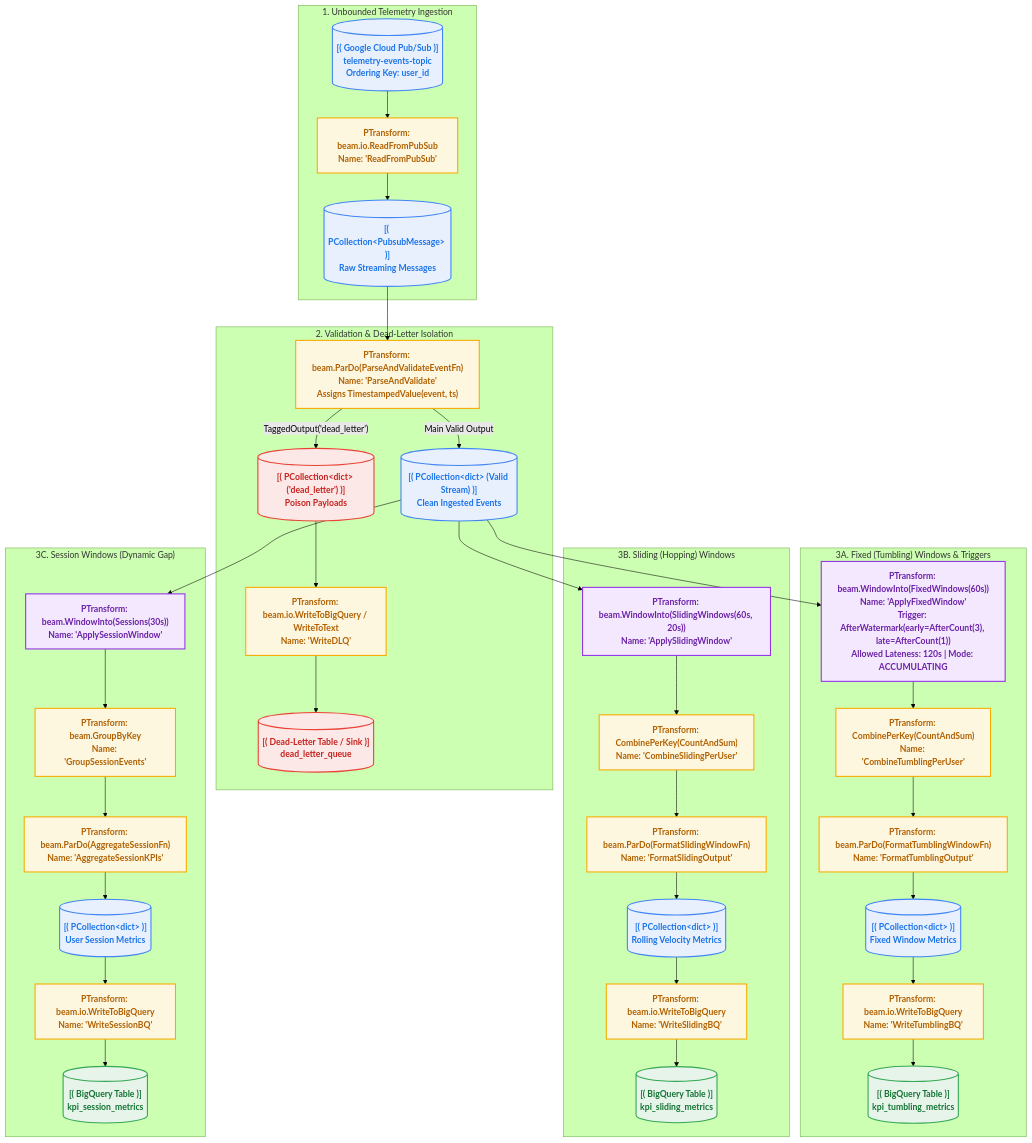
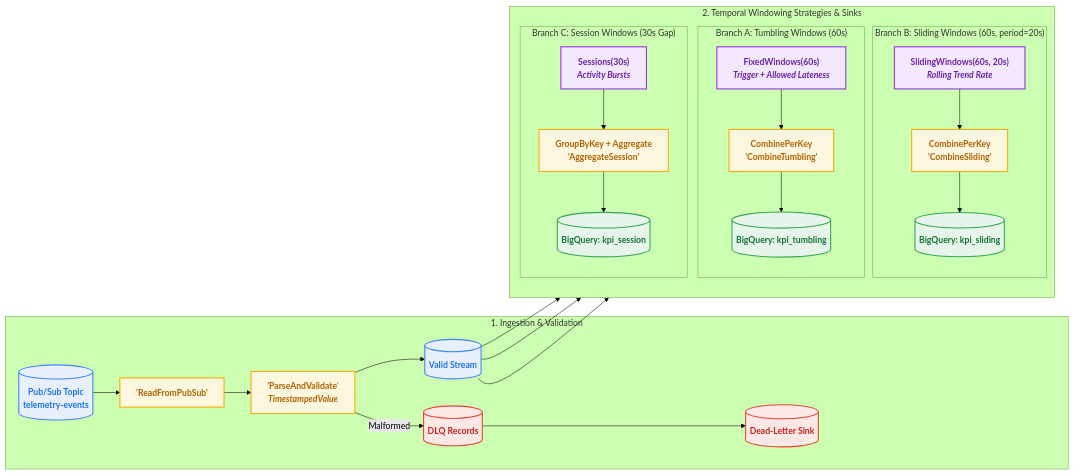
Before and after one commit to EilinLux/dataflow-workshops: the diagram in 03_realtime_streaming/README.md, drawn with Mermaid (forest theme). The commit also changed 30 other files, not shown here.

Commit message:
docs: redraw and pack all mermaid diagrams into compact horizontal layouts

````diff
--- a/03_realtime_streaming/README.md
+++ b/03_realtime_streaming/README.md
@@ -24,80 +24,48 @@
 ```mermaid
-flowchart TD
+flowchart LR
     classDef pcoll fill:#e8f0fe,stroke:#4285f4,stroke-width:2px,color:#1a73e8,font-weight:bold;
     classDef ptrans fill:#fef7e0,stroke:#f9ab00,stroke-width:2px,color:#b06000,font-weight:bold;
     classDef sink fill:#e6f4ea,stroke:#34a853,stroke-width:2px,color:#137333,font-weight:bold;
     classDef dlq fill:#fce8e6,stroke:#ea4335,stroke-width:2px,color:#c5221f,font-weight:bold;
-    classDef window fill:#f3e8fd,stroke:#9334e6,stroke-width:2px,color:#6b21a8,font-weight:bold;
+    classDef win fill:#f3e8fd,stroke:#9334e6,stroke-width:2px,color:#6b21a8,font-weight:bold;
 
-    subgraph Ingestion["1. Unbounded Telemetry Ingestion"]
-        PUBSUB_TOPIC[("[( Google Cloud Pub/Sub )]<br/>telemetry-events-topic<br/>Ordering Key: user_id")]:::pcoll
-        T_READ["PTransform: beam.io.ReadFromPubSub<br/>Name: 'ReadFromPubSub'"]:::ptrans
-        PC_RAW[("[( PCollection&lt;PubsubMessage&gt; )]<br/>Raw Streaming Messages")]:::pcoll
+    subgraph StreamIngest["1. Ingestion & Validation"]
+        PUBSUB[("Pub/Sub Topic<br/>telemetry-events")]:::pcoll
+        READ["'ReadFromPubSub'"]:::ptrans
+        PARSE["'ParseAndValidate'<br/><i>TimestampedValue</i>"]:::ptrans
+        VALID[("Valid Stream")]:::pcoll
+        DLQ_RECS[("DLQ Records")]:::dlq
+        DLQ_SINK[("Dead-Letter Sink")]:::dlq
+        PUBSUB --> READ --> PARSE
+        PARSE --> VALID
+        PARSE -- "Malformed" --> DLQ_RECS --> DLQ_SINK
     end
 
-    subgraph Validation["2. Validation & Dead-Letter Isolation"]
-        T_PARSE["PTransform: beam.ParDo(ParseAndValidateEventFn)<br/>Name: 'ParseAndValidate'<br/>Assigns TimestampedValue(event, ts)"]:::ptrans
-        PC_VALID[("[( PCollection&lt;dict&gt; (Valid Stream) )]<br/>Clean Ingested Events")]:::pcoll
-        PC_DLQ[("[( PCollection&lt;dict&gt; ('dead_letter') )]<br/>Poison Payloads")]:::dlq
-        T_WRITE_DLQ["PTransform: beam.io.WriteToBigQuery / WriteToText<br/>Name: 'WriteDLQ'"]:::ptrans
-        DLQ_SINK[("[( Dead-Letter Table / Sink )]<br/>dead_letter_queue")]:::dlq
+    subgraph WindowingBranches["2. Temporal Windowing Strategies & Sinks"]
+        direction TB
+        subgraph BranchA["Branch A: Tumbling Windows (60s)"]
+            WIN_TUMB["FixedWindows(60s)<br/><i>Trigger + Allowed Lateness</i>"]:::win
+            COMB_TUMB["CombinePerKey<br/>'CombineTumbling'"]:::ptrans
+            BQ_TUMB[("BigQuery: kpi_tumbling")]:::sink
+            WIN_TUMB --> COMB_TUMB --> BQ_TUMB
+        end
+
+        subgraph BranchB["Branch B: Sliding Windows (60s, period=20s)"]
+            WIN_SLIDE["SlidingWindows(60s, 20s)<br/><i>Rolling Trend Rate</i>"]:::win
+            COMB_SLIDE["CombinePerKey<br/>'CombineSliding'"]:::ptrans
+            BQ_SLIDE[("BigQuery: kpi_sliding")]:::sink
+            WIN_SLIDE --> COMB_SLIDE --> BQ_SLIDE
+        end
+
+        subgraph BranchC["Branch C: Session Windows (30s Gap)"]
+            WIN_SESS["Sessions(30s)<br/><i>Activity Bursts</i>"]:::win
+            COMB_SESS["GroupByKey + Aggregate<br/>'AggregateSession'"]:::ptrans
+            BQ_SESS[("BigQuery: kpi_session")]:::sink
+            WIN_SESS --> COMB_SESS --> BQ_SESS
+        end
     end
 
-    subgraph BranchA["3A. Fixed (Tumbling) Windows & Triggers"]
-        T_FIXED_WIN["PTransform: beam.WindowInto(FixedWindows(60s))<br/>Name: 'ApplyFixedWindow'<br/>Trigger: AfterWatermark(early=AfterCount(3), late=AfterCount(1))<br/>Allowed Lateness: 120s | Mode: ACCUMULATING"]:::window
-        T_COMBINE_TUMB["PTransform: CombinePerKey(CountAndSum)<br/>Name: 'CombineTumblingPerUser'"]:::ptrans
-        T_FMT_TUMB["PTransform: beam.ParDo(FormatTumblingWindowFn)<br/>Name: 'FormatTumblingOutput'"]:::ptrans
-        PC_TUMB_RES[("[( PCollection&lt;dict&gt; )]<br/>Fixed Window Metrics")]:::pcoll
-        T_WRITE_TUMB["PTransform: beam.io.WriteToBigQuery<br/>Name: 'WriteTumblingBQ'"]:::ptrans
-        BQ_TUMB[("[( BigQuery Table )]<br/>kpi_tumbling_metrics")]:::sink
-    end
-
-    subgraph BranchB["3B. Sliding (Hopping) Windows"]
-        T_SLIDE_WIN["PTransform: beam.WindowInto(SlidingWindows(60s, 20s))<br/>Name: 'ApplySlidingWindow'"]:::window
-        T_COMBINE_SLIDE["PTransform: CombinePerKey(CountAndSum)<br/>Name: 'CombineSlidingPerUser'"]:::ptrans
-        T_FMT_SLIDE["PTransform: beam.ParDo(FormatSlidingWindowFn)<br/>Name: 'FormatSlidingOutput'"]:::ptrans
-        PC_SLIDE_RES[("[( PCollection&lt;dict&gt; )]<br/>Rolling Velocity Metrics")]:::pcoll
-        T_WRITE_SLIDE["PTransform: beam.io.WriteToBigQuery<br/>Name: 'WriteSlidingBQ'"]:::ptrans
-        BQ_SLIDE[("[( BigQuery Table )]<br/>kpi_sliding_metrics")]:::sink
-    end
-
-    subgraph BranchC["3C. Session Windows (Dynamic Gap)"]
-        T_SESS_WIN["PTransform: beam.WindowInto(Sessions(30s))<br/>Name: 'ApplySessionWindow'"]:::window
-        T_GROUP_SESS["PTransform: beam.GroupByKey<br/>Name: 'GroupSessionEvents'"]:::ptrans
-        T_AGG_SESS["PTransform: beam.ParDo(AggregateSessionFn)<br/>Name: 'AggregateSessionKPIs'"]:::ptrans
-        PC_SESS_RES[("[( PCollection&lt;dict&gt; )]<br/>User Session Metrics")]:::pcoll
-        T_WRITE_SESS["PTransform: beam.io.WriteToBigQuery<br/>Name: 'WriteSessionBQ'"]:::ptrans
-        BQ_SESS[("[( BigQuery Table )]<br/>kpi_session_metrics")]:::sink
-    end
-
-    PUBSUB_TOPIC --> T_READ
-    T_READ --> PC_RAW
-    PC_RAW --> T_PARSE
-
-    T_PARSE -- "TaggedOutput('dead_letter')" --> PC_DLQ
-    PC_DLQ --> T_WRITE_DLQ
-    T_WRITE_DLQ --> DLQ_SINK
-
-    T_PARSE -- "Main Valid Output" --> PC_VALID
-
-    PC_VALID --> T_FIXED_WIN
-    T_FIXED_WIN --> T_COMBINE_TUMB
-    T_COMBINE_TUMB --> T_FMT_TUMB
-    T_FMT_TUMB --> PC_TUMB_RES
-    PC_TUMB_RES --> T_WRITE_TUMB
-    T_WRITE_TUMB --> BQ_TUMB
-
-    PC_VALID --> T_SLIDE_WIN
-    T_SLIDE_WIN --> T_COMBINE_SLIDE
-    T_COMBINE_SLIDE --> T_FMT_SLIDE
-    T_FMT_SLIDE --> PC_SLIDE_RES
-    PC_SLIDE_RES --> T_WRITE_SLIDE
-    T_WRITE_SLIDE --> BQ_SLIDE
-
-    PC_VALID --> T_SESS_WIN
-    T_SESS_WIN --> T_GROUP_SESS
-    T_GROUP_SESS --> T_AGG_SESS
-    T_AGG_SESS --> PC_SESS_RES
-    PC_SESS_RES --> T_WRITE_SESS
-    T_WRITE_SESS --> BQ_SESS
+    VALID --> WIN_TUMB
+    VALID --> WIN_SLIDE
+    VALID --> WIN_SESS
 ```
````
